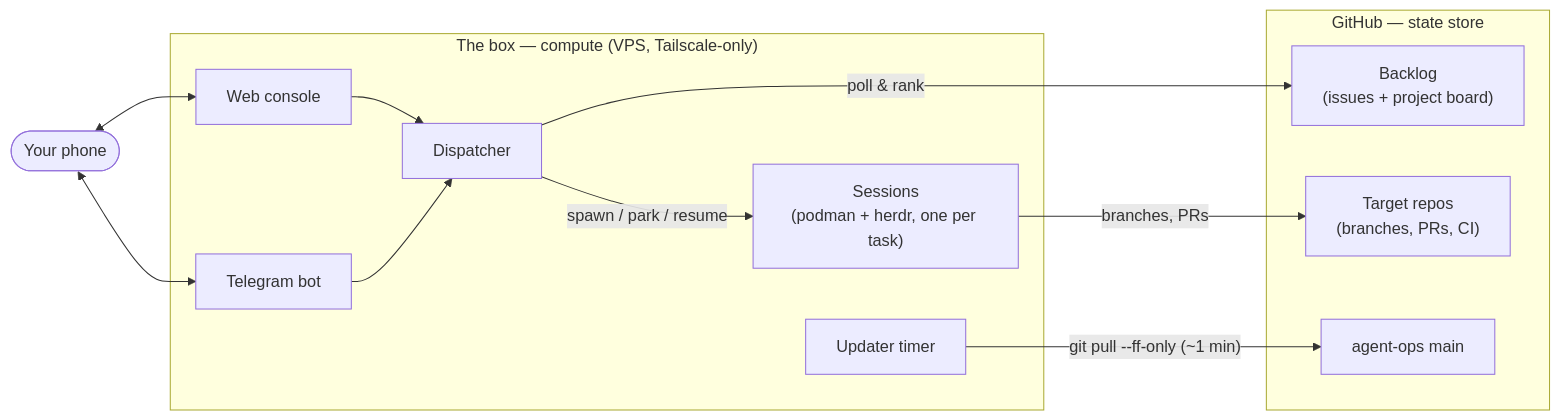
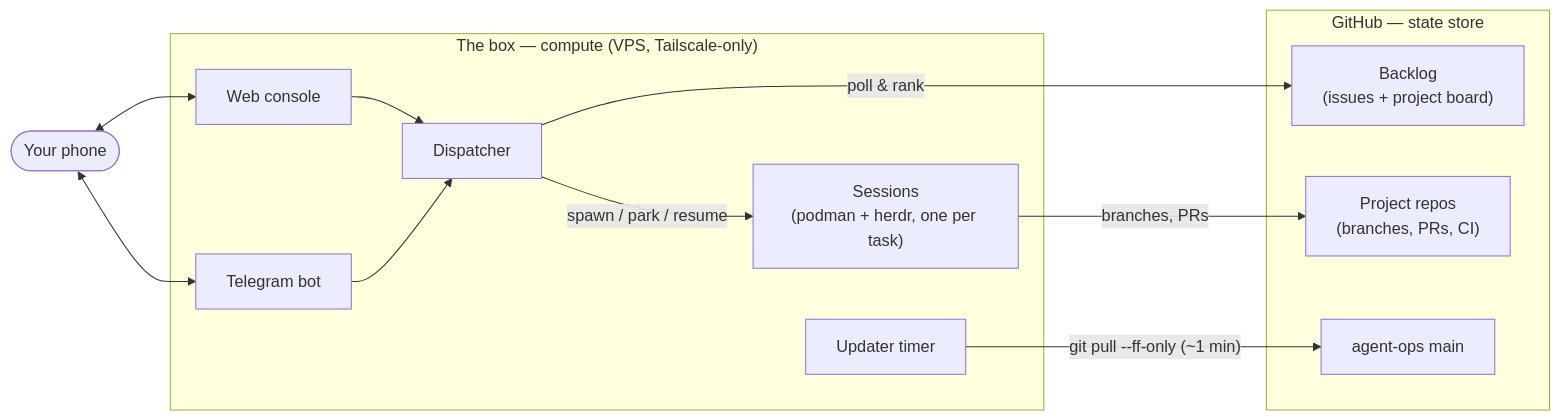
The first of 2 diagrams in README.md (jesdi/agent-ops), drawn with Mermaid before and after one commit. The commit also changed other lines of this file and 31 other files, not shown here.

````diff
--- a/README.md
+++ b/README.md
@@ -56,27 +56,27 @@
 ```mermaid
 flowchart LR
     subgraph github["GitHub — state store"]
         board["Backlog<br/>(issues + project board)"]
-        repos["Target repos<br/>(branches, PRs, CI)"]
+        repos["Project repos<br/>(branches, PRs, CI)"]
         main["agent-ops main"]
     end
 
     subgraph box["The box — compute (VPS, Tailscale-only)"]
         dispatcher["Dispatcher"]
         session["Sessions<br/>(podman + herdr, one per task)"]
         console["Web console"]
         telegram["Telegram bot"]
         updater["Updater timer"]
     end
 
     phone(["Your phone"])
 
     dispatcher -- "poll & rank" --> board
     dispatcher -- "spawn / park / resume" --> session
     session -- "branches, PRs" --> repos
     updater -- "git pull --ff-only (~1 min)" --> main
     phone <--> console
     phone <--> telegram
     console --> dispatcher
     telegram --> dispatcher
 ```
````
